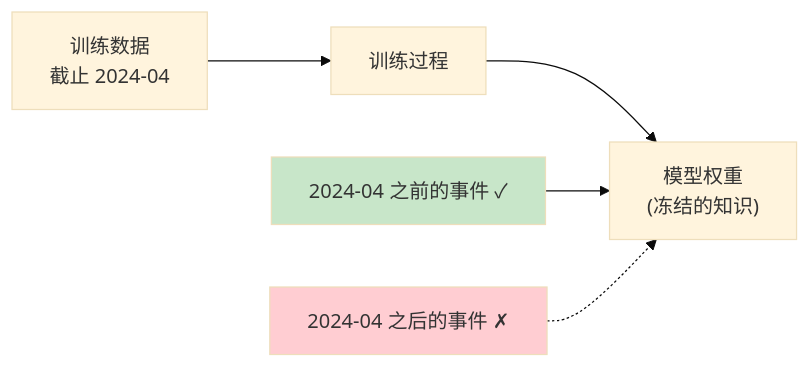
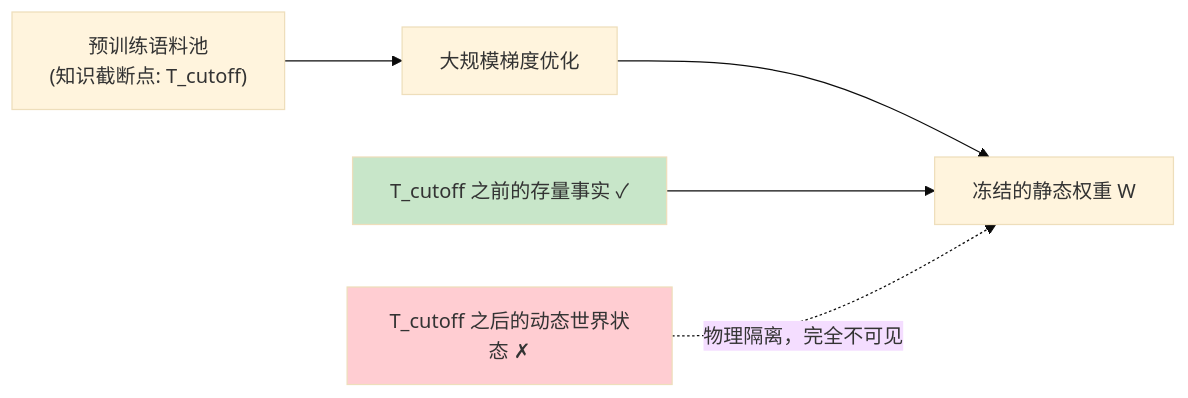
Before and after one commit to yingwang/thinking-in-llm: the fifth of 9 diagrams in chapters/06-limitations.md, drawn with Mermaid (base theme). The commit also changed other lines of this file and 31 other files, not shown here.

````diff
--- a/chapters/06-limitations.md
+++ b/chapters/06-limitations.md
@@ -339,10 +257,10 @@
 ```mermaid
 flowchart LR
-    D["训练数据<br>截止 2024-04"] --> T["训练过程"] --> W["模型权重<br>(冻结的知识)"]
+    D["预训练语料池<br>(知识截断点: T_cutoff)"] --> T["大规模梯度优化"] --> W["冻结的静态权重 W"]
     
-    E1["2024-04 之前的事件 ✓"] --> W
-    E2["2024-04 之后的事件 ✗"] -.-> W
+    E1["T_cutoff 之前的存量事实 ✓"] --> W
+    E2["T_cutoff 之后的动态世界状态 ✗"] -.->|"物理隔离，完全不可见"| W
     
     style E1 fill:#c8e6c9
     style E2 fill:#ffcdd2
 ```
````
